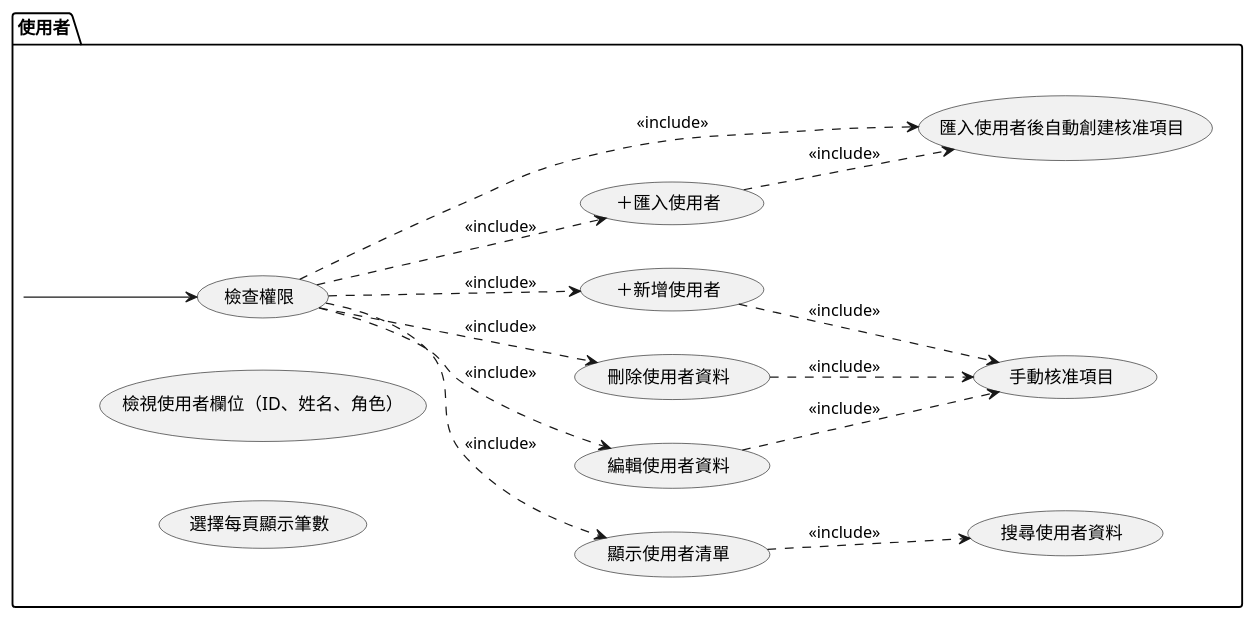
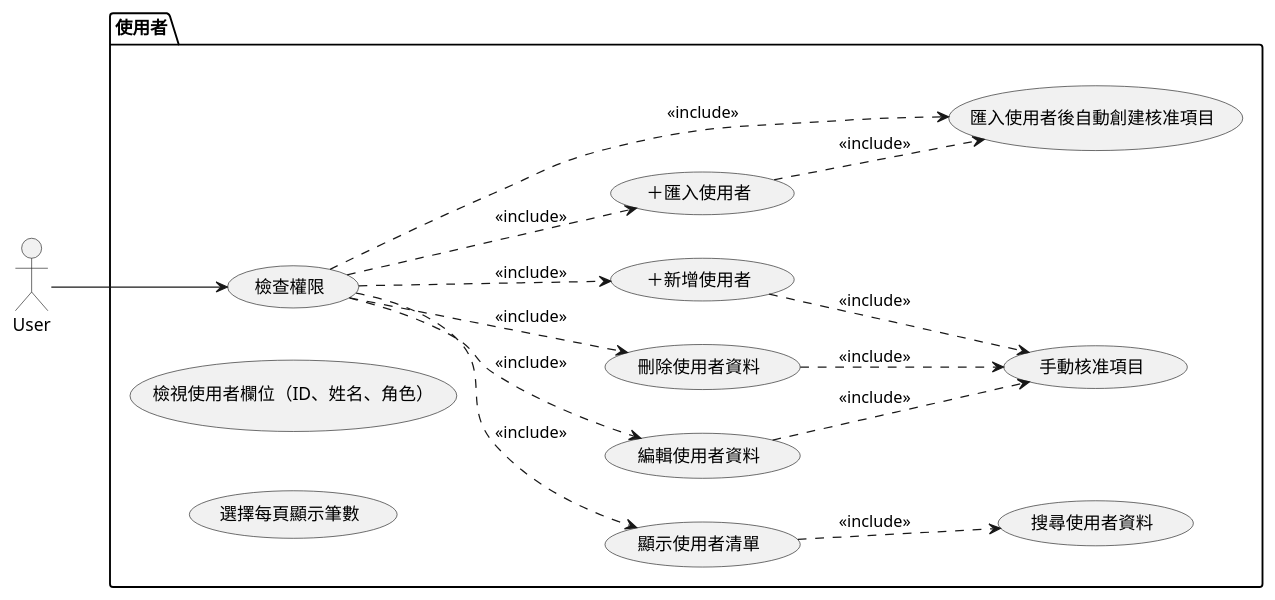
The diagram in plantUML/user_case/user_overview&edit.puml (walle45611/NTUB_SecuManag_Diagram), drawn with PlantUML before and after one commit.

Commit message:
(refact): 讓左邊使用者圖示能正確顯示出來 (#28)

```diff
--- a/plantUML/user_case/user_overview&edit.puml
+++ b/plantUML/user_case/user_overview&edit.puml
@@ -1,35 +1,35 @@
 @startuml user_overview
 
 left to right direction
 
-actor 使用者
+actor User
 
 package "使用者" {
     usecase "檢查權限" as UC12
     usecase "顯示使用者清單" as UC1
     usecase "檢視使用者欄位（ID、姓名、角色）" as UC2
     usecase "選擇每頁顯示筆數" as UC3
     usecase "搜尋使用者資料" as UC4
     usecase "編輯使用者資料" as UC5
     usecase "刪除使用者資料" as UC6
     usecase "＋新增使用者" as UC7
     usecase "＋匯入使用者" as UC8
     usecase "匯入使用者後自動創建核准項目" as UC10
     usecase "手動核准項目" as UC11
 }
 
-使用者 --> UC12
+User --> UC12
 UC12 .down.> UC1 : <<include>>
 UC12 .down.> UC5 : <<include>>
 UC12 .down.> UC6 : <<include>>
 UC12 .down.> UC7 : <<include>>
 UC12 .down.> UC8 : <<include>>
 UC12 .down.> UC10 : <<include>>
 
 UC1 .down.> UC4 : <<include>>
 UC5 .down.> UC11 : <<include>>
 UC6 .down.> UC11 : <<include>>
 UC7 .down.> UC11 : <<include>>
 UC8 .down.> UC10 : <<include>>
 
 @enduml
```
